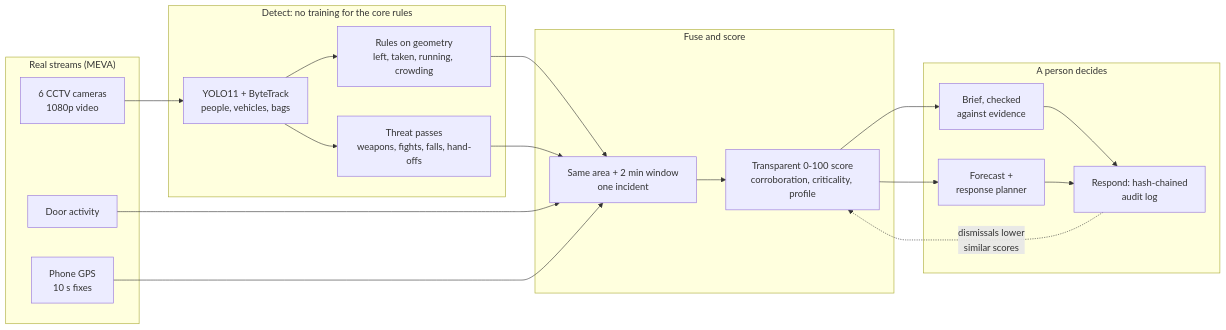
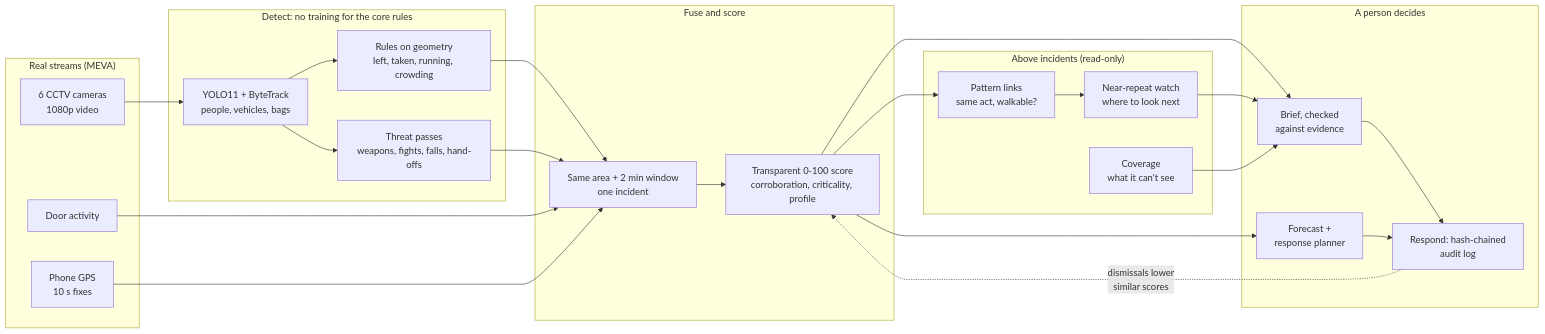
The diagram in README.md (Argonyx-26/T14_Lordofpings), drawn with Mermaid before and after one commit. The commit also changed other lines of this file, not shown here.

Commit message:
README: patterns above incidents, blind spots and the case report in what ARGUS does, the tour and the architecture; a section with each rule, its code and how it is measured; 73 backend tests

````diff
--- a/README.md
+++ b/README.md
@@ -89,29 +96,36 @@
 ```mermaid
 flowchart LR
   subgraph Streams["Real streams (MEVA)"]
     V["6 CCTV cameras<br/>1080p video"]
     D["Door activity"]
     G["Phone GPS<br/>10 s fixes"]
   end
   subgraph Detect["Detect: no training for the core rules"]
     Y["YOLO11 + ByteTrack<br/>people, vehicles, bags"]
     R["Rules on geometry<br/>left, taken, running, crowding"]
     T["Threat passes<br/>weapons, fights, falls, hand-offs"]
   end
   subgraph Fuse["Fuse and score"]
     F["Same area + 2 min window<br/>one incident"]
     S["Transparent 0-100 score<br/>corroboration, criticality, profile"]
   end
+  subgraph Intel["Above incidents (read-only)"]
+    PL["Pattern links<br/>same act, walkable?"]
+    NR["Near-repeat watch<br/>where to look next"]
+    CV["Coverage<br/>what it can't see"]
+  end
   subgraph Human["A person decides"]
     B["Brief, checked<br/>against evidence"]
     P["Forecast +<br/>response planner"]
     A["Respond: hash-chained<br/>audit log"]
   end
   V --> Y --> R --> F
   Y --> T --> F
   D --> F
   G --> F
   F --> S --> B --> A
   S --> P --> A
   A -. "dismissals lower<br/>similar scores" .-> S
+  S --> PL --> NR --> B
+  CV --> B
 ```
````
